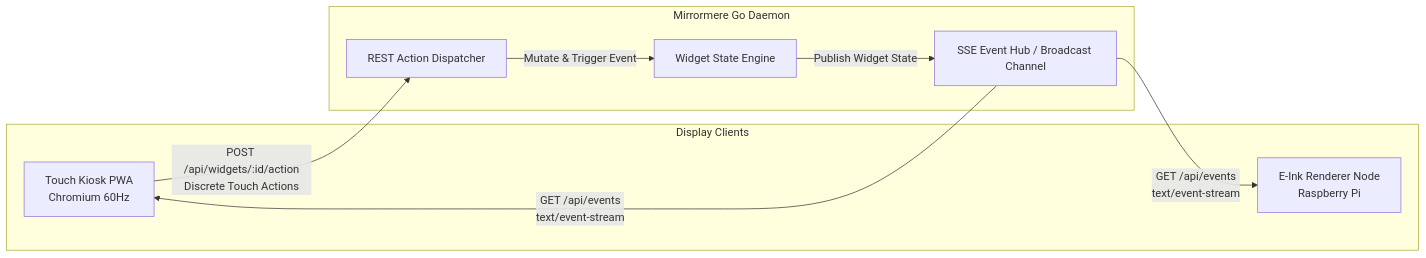
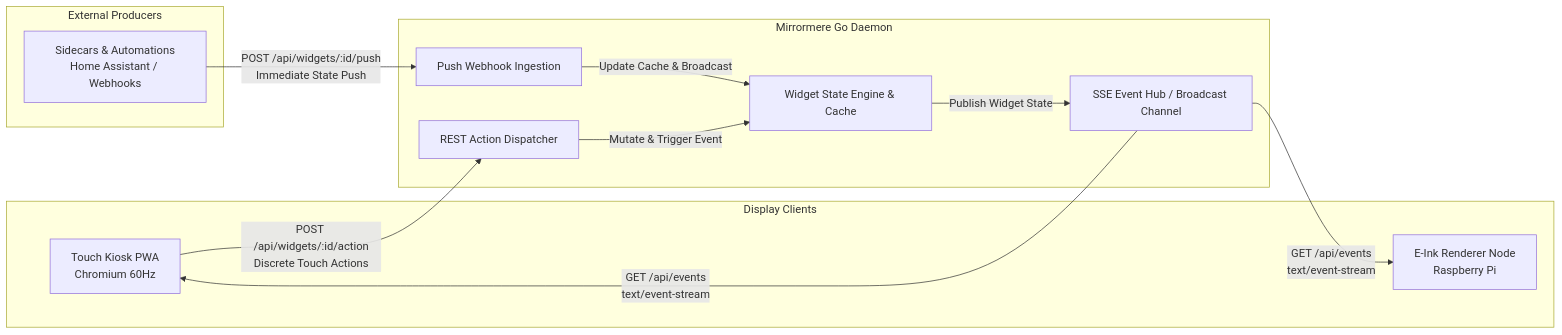
One commit to azylman/mirrormere changed the diagram in specs/006-realtime-comms-and-mutations.md. Above: the diagram before and after it, drawn with Mermaid. The commit also changed other lines of this file and 1 other file, not shown here.

Commit message:
docs(spec-006): add push webhook endpoint and screen-agnostic cache behavior (fixes #44) (#60)

````diff
--- a/specs/006-realtime-comms-and-mutations.md
+++ b/specs/006-realtime-comms-and-mutations.md
@@ -17,20 +17,27 @@
 ```mermaid
 flowchart LR
     subgraph Clients [Display Clients]
         Touch[Touch Kiosk PWA\nChromium 60Hz]
         EInk[E-Ink Renderer Node\nRaspberry Pi]
     end
 
+    subgraph External [External Producers]
+        Sidecar[Sidecars & Automations\nHome Assistant / Webhooks]
+    end
+
     subgraph GoDaemon [Mirrormere Go Daemon]
         SSEHub[SSE Event Hub / Broadcast Channel]
         ActionHandler[REST Action Dispatcher]
-        StateStore[Widget State Engine]
+        PushHandler[Push Webhook Ingestion]
+        StateStore[Widget State Engine & Cache]
     end
 
     Touch -->|POST /api/widgets/:id/action\nDiscrete Touch Actions| ActionHandler
+    Sidecar -->|POST /api/widgets/:id/push\nImmediate State Push| PushHandler
     ActionHandler -->|Mutate & Trigger Event| StateStore
+    PushHandler -->|Update Cache & Broadcast| StateStore
     StateStore -->|Publish Widget State| SSEHub
 
     SSEHub -->|GET /api/events\ntext/event-stream| Touch
     SSEHub -->|GET /api/events\ntext/event-stream| EInk
 ```
````
